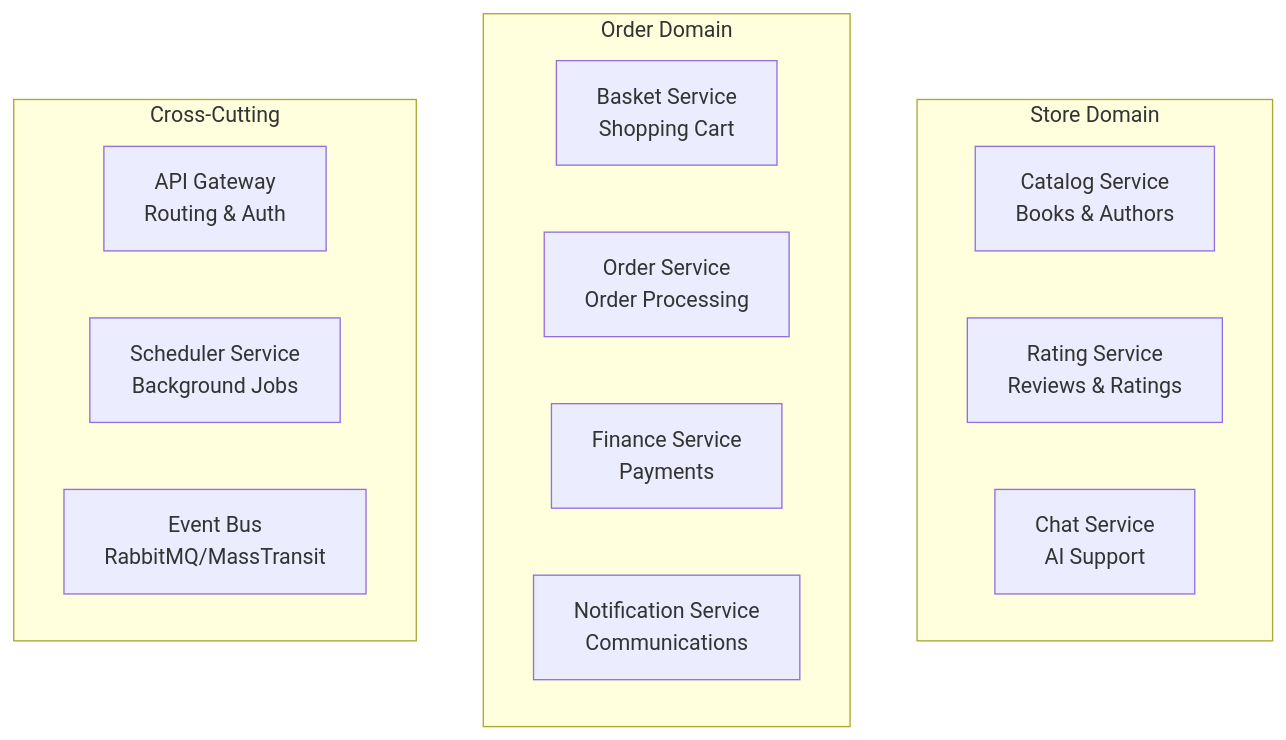
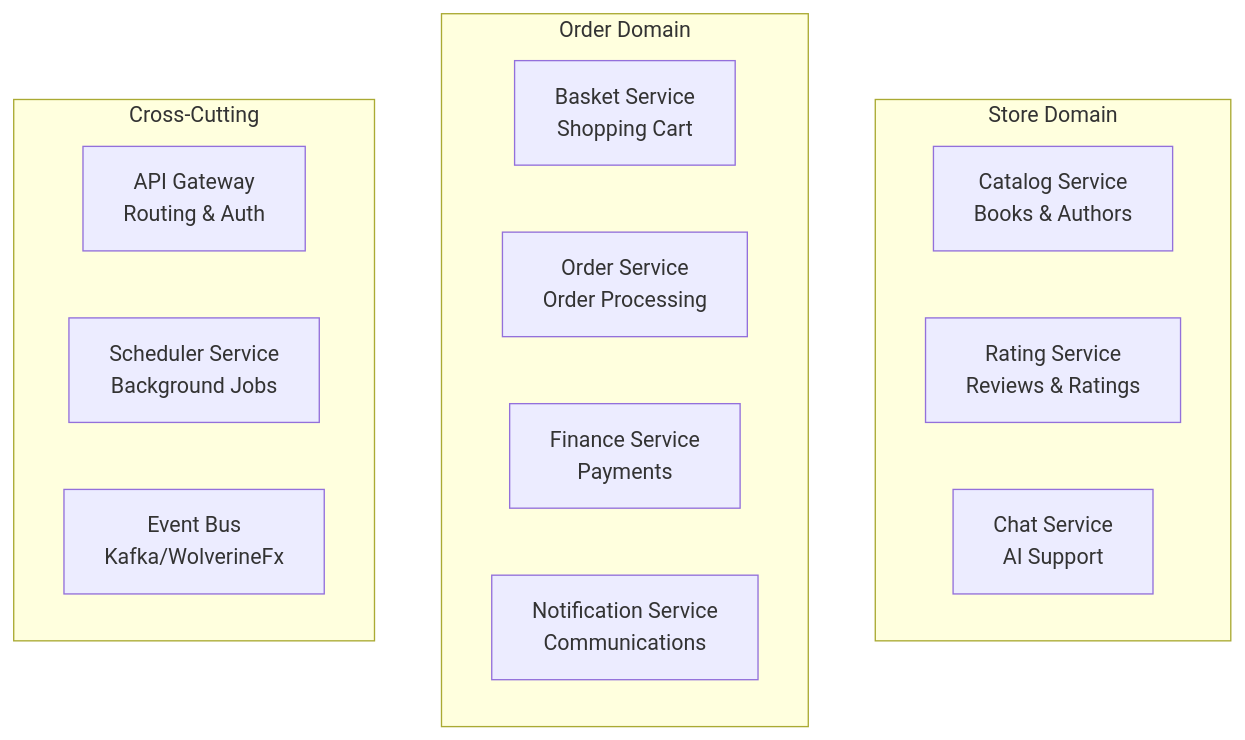
The first of 3 diagrams in docs/docusaurus/docs/04-solution-strategy.mdx (foxminchan/BookWorm), drawn with Mermaid before and after one commit. The commit also changed other lines of this file and 229 other files, not shown here.

````diff
--- a/docs/docusaurus/docs/04-solution-strategy.mdx
+++ b/docs/docusaurus/docs/04-solution-strategy.mdx
@@ -112,21 +112,21 @@
 ```mermaid
 graph TB
     subgraph "Store Domain"
         Catalog[Catalog Service<br/>Books & Authors]
         Rating[Rating Service<br/>Reviews & Ratings]
         Chat[Chat Service<br/>AI Support]
     end
 
     subgraph "Order Domain"
         Basket[Basket Service<br/>Shopping Cart]
         Order[Order Service<br/>Order Processing]
         Finance[Finance Service<br/>Payments]
         Notification[Notification Service<br/>Communications]
     end
 
     subgraph "Cross-Cutting"
         Gateway[API Gateway<br/>Routing & Auth]
         Scheduler[Scheduler Service<br/>Background Jobs]
-        EventBus[Event Bus<br/>RabbitMQ/MassTransit]
+        EventBus[Event Bus<br/>Kafka/WolverineFx]
     end
 ```
````
